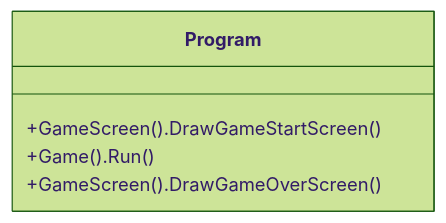
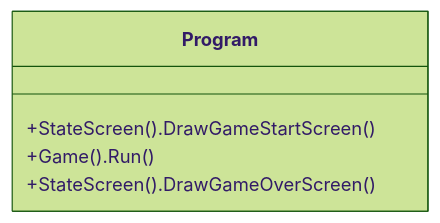
One commit to NexusWeave/MVP-FlappyBird-cs changed the first of 9 diagrams in dokumentasjon/diagram/klasse-diagram.md. Above: the diagram before and after it, drawn with Mermaid (forest theme). The commit also changed other lines of this file, not shown here.

Commit message:
Refactor klasse-diagram.md to update GameScreen and StateScreen methods, remove Background class, and streamline method signatures

````diff
--- a/dokumentasjon/diagram/klasse-diagram.md
+++ b/dokumentasjon/diagram/klasse-diagram.md
@@ -4,11 +4,10 @@
 ```mermaid
     classDiagram
         direction TD
-        
+
         class Program {
-            +GameScreen().DrawGameStartScreen()
+            +StateScreen().DrawGameStartScreen()
             +Game().Run()
-            +GameScreen().DrawGameOverScreen()
+            +StateScreen().DrawGameOverScreen()
         }
-
 ```
````
